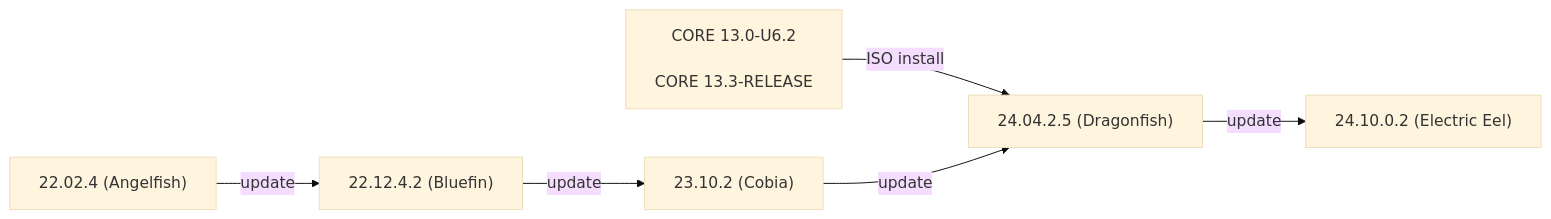
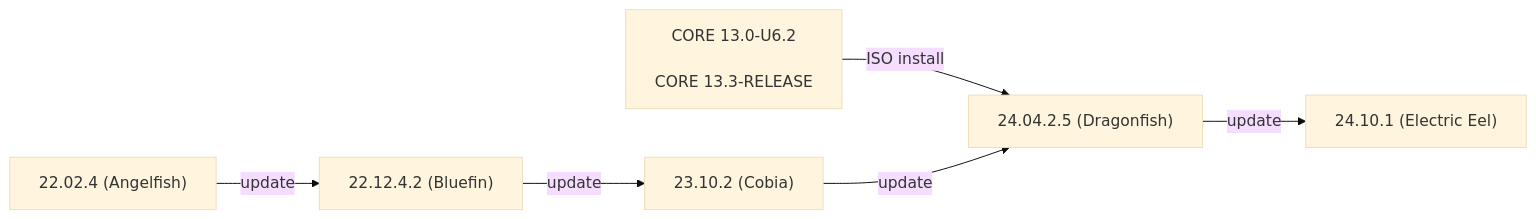
One commit to truenas/documentation changed the first of 2 diagrams in static/includes/SCALEUpgradePaths.md. Above: the diagram before and after it, drawn with Mermaid (base theme). The commit also changed other lines of this file, not shown here.

```diff
--- a/static/includes/SCALEUpgradePaths.md
+++ b/static/includes/SCALEUpgradePaths.md
@@ -49,9 +49,9 @@
           {{< mermaid class="mermaid_sizing" >}}
           flowchart LR
             A["22.02.4 (Angelfish)"] -->|update| C
             B["CORE 13.0-U6.2<br><br>CORE 13.3-RELEASE"] -->|ISO install| E
             C["22.12.4.2 (Bluefin)"] -->|update| D
             D["23.10.2 (Cobia)"] -->|update| E
             E["24.04.2.5 (Dragonfish)"] -->|update| H
-            H["24.10.0.2 (Electric Eel)"]
+            H["24.10.1 (Electric Eel)"]
           {{< /mermaid >}}
```
